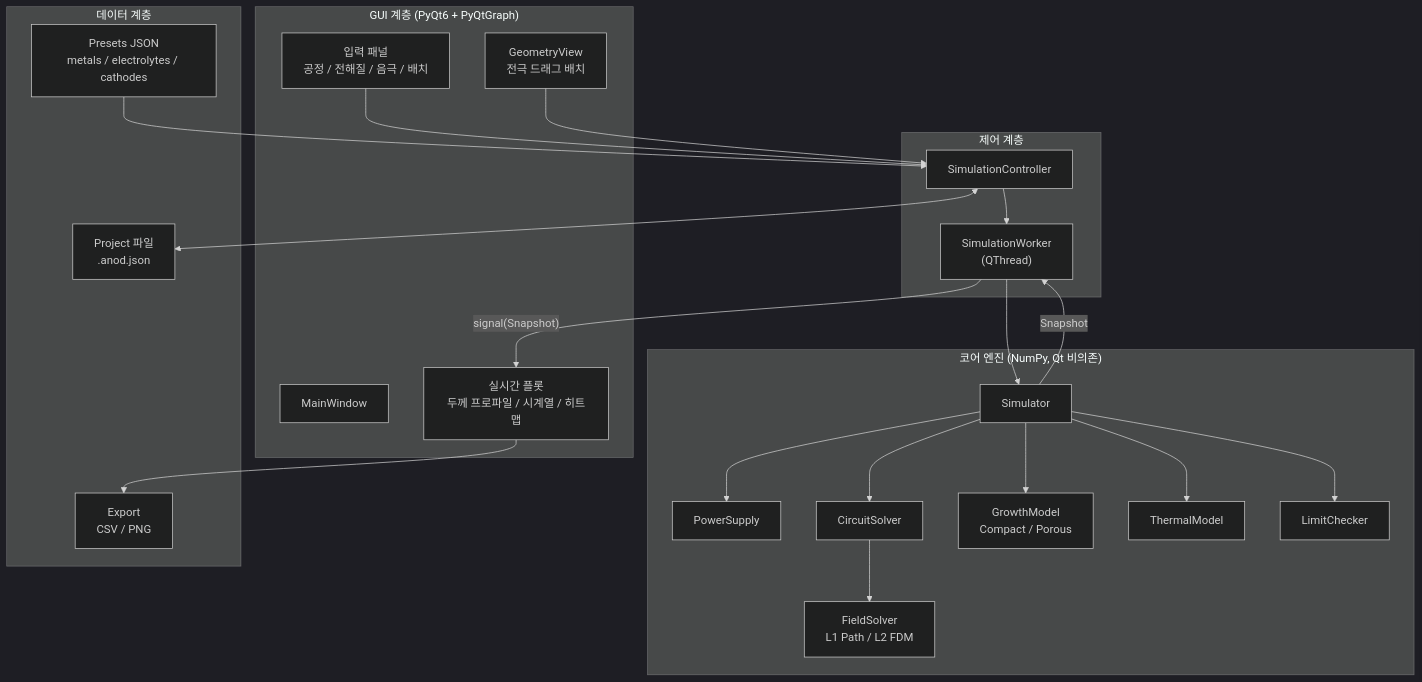
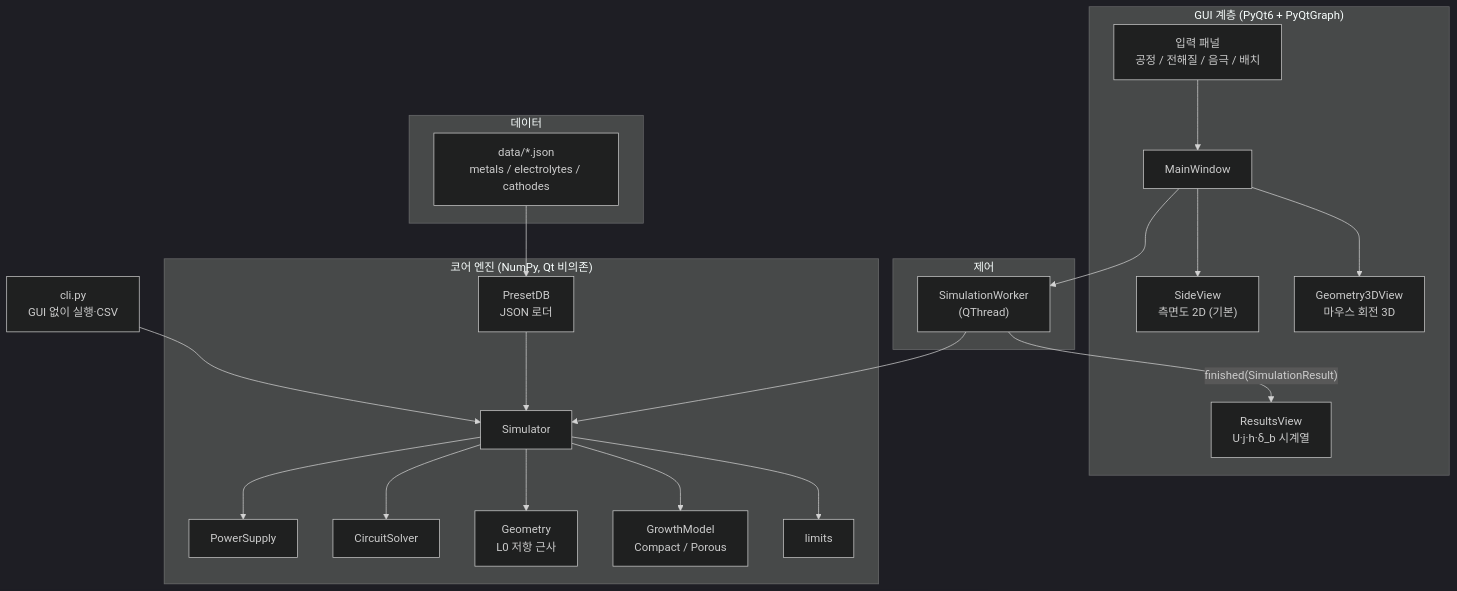
Before and after one commit to hyhSgithubbb/Anodizing_simulator: the first of 2 diagrams in docs/DESIGN.md, drawn with Mermaid (dark theme). The commit also changed other lines of this file and 56 other files, not shown here.

````diff
--- a/docs/DESIGN.md
+++ b/docs/DESIGN.md
@@ -394,38 +447,35 @@
 ```mermaid
 flowchart TB
     subgraph GUI["GUI 계층 (PyQt6 + PyQtGraph)"]
         MW[MainWindow]
         IP["입력 패널<br/>공정 / 전해질 / 음극 / 배치"]
-        GV["GeometryView<br/>전극 드래그 배치"]
-        PL["실시간 플롯<br/>두께 프로파일 / 시계열 / 히트맵"]
+        SV["SideView<br/>측면도 2D (기본)"]
+        V3["Geometry3DView<br/>마우스 회전 3D"]
+        RV["ResultsView<br/>U·j·h·δ_b 시계열"]
     end
-    subgraph CTRL["제어 계층"]
-        SC[SimulationController]
+    subgraph CTRL["제어"]
         WK["SimulationWorker<br/>(QThread)"]
     end
     subgraph CORE["코어 엔진 (NumPy, Qt 비의존)"]
         SIM[Simulator]
         PS[PowerSupply]
         CIR[CircuitSolver]
-        FS["FieldSolver<br/>L1 Path / L2 FDM"]
+        GEO["Geometry<br/>L0 저항 근사"]
         GM["GrowthModel<br/>Compact / Porous"]
-        TH[ThermalModel]
-        LIM[LimitChecker]
+        LIM[limits]
+        PDB["PresetDB<br/>JSON 로더"]
     end
-    subgraph DATA["데이터 계층"]
-        PR["Presets JSON<br/>metals / electrolytes / cathodes"]
-        PJ["Project 파일<br/>.anod.json"]
-        EX["Export<br/>CSV / PNG"]
+    subgraph DATA["데이터"]
+        PR["data/*.json<br/>metals / electrolytes / cathodes"]
     end
-    IP --> SC
-    GV --> SC
-    SC --> WK
+    CLI["cli.py<br/>GUI 없이 실행·CSV"]
+    IP --> MW
+    MW --> SV & V3
+    MW --> WK
     WK --> SIM
-    SIM --> PS & CIR & GM & TH & LIM
-    CIR --> FS
-    SIM -- Snapshot --> WK
-    WK -- "signal(Snapshot)" --> PL
-    PR --> SC
-    SC <--> PJ
-    PL --> EX
+    SIM --> PS & CIR & GM & LIM
+    SIM --> GEO
+    WK -- "finished(SimulationResult)" --> RV
+    PR --> PDB --> SIM
+    CLI --> SIM
 ```
````
